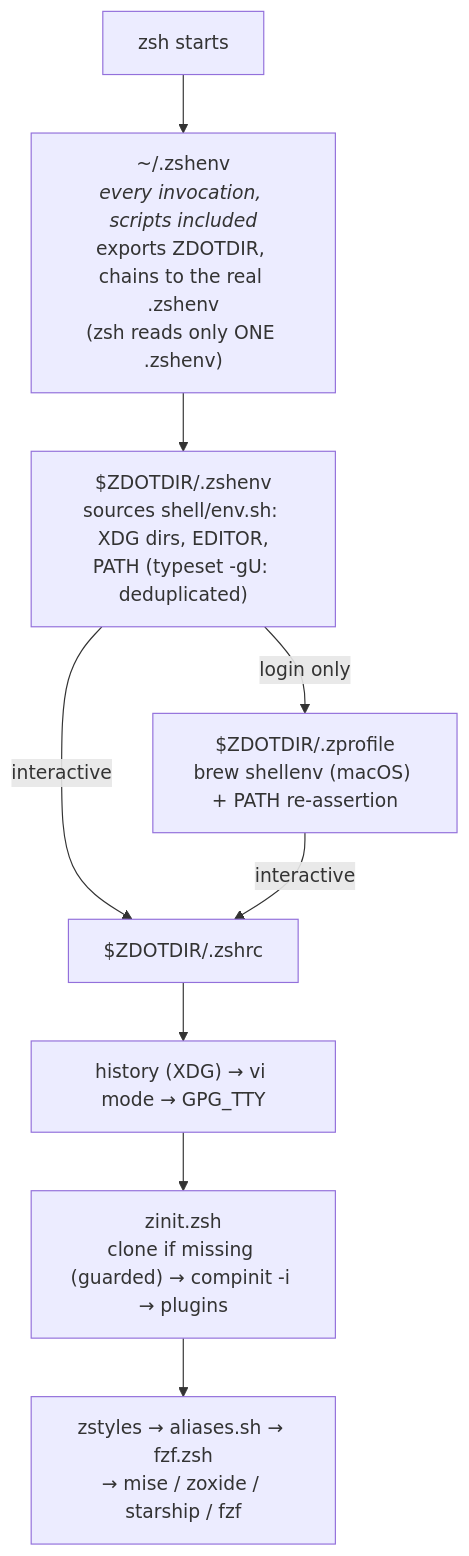
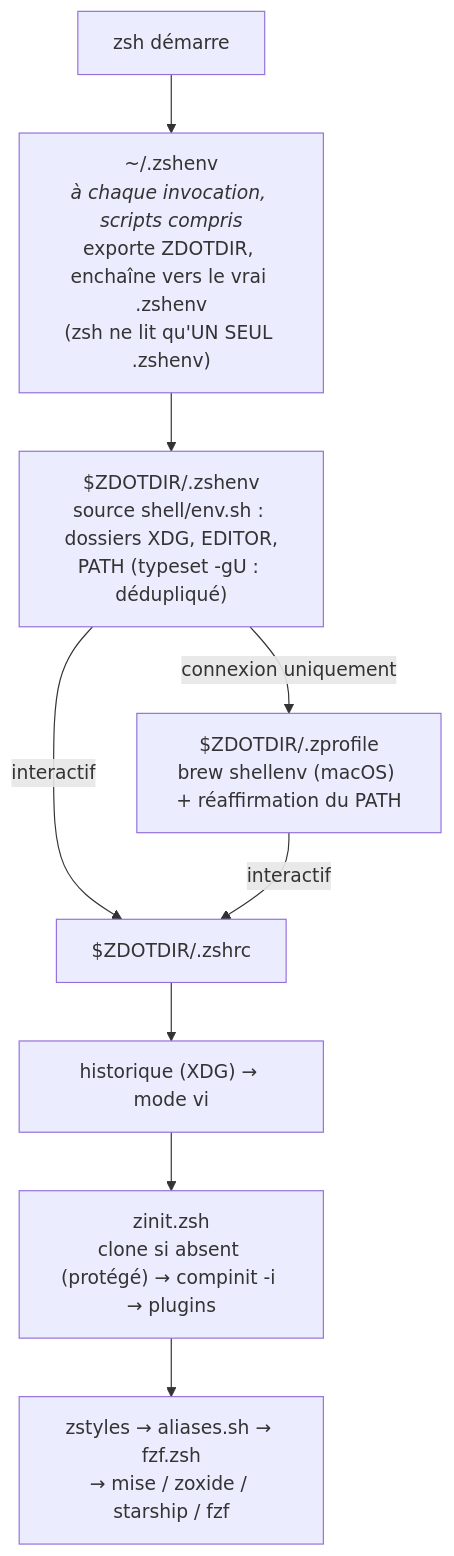
Before and after one commit to Raf7c/dotfiles: the first of 2 diagrams in docs/architecture.md, drawn with Mermaid. The commit also changed other lines of this file and 48 other files, not shown here.

Commit message:
feat: macOS only, docs reworked, eza aliases fixed, lint surface reduced

````diff
--- a/docs/architecture.md
+++ b/docs/architecture.md
@@ -8,11 +17,11 @@
 ```mermaid
 flowchart TD
-    A["zsh starts"] --> B["~/.zshenv<br/><i>every invocation, scripts included</i><br/>exports ZDOTDIR, chains to the real .zshenv<br/>(zsh reads only ONE .zshenv)"]
-    B --> C["$ZDOTDIR/.zshenv<br/>sources shell/env.sh: XDG dirs, EDITOR,<br/>PATH (typeset -gU: deduplicated)"]
-    C -->|login only| D["$ZDOTDIR/.zprofile<br/>brew shellenv (macOS) + PATH re-assertion"]
-    C -->|interactive| E["$ZDOTDIR/.zshrc"]
-    D -->|interactive| E
-    E --> F["history (XDG) → vi mode → GPG_TTY"]
-    F --> G["zinit.zsh<br/>clone if missing (guarded) → compinit -i → plugins"]
+    A["zsh démarre"] --> B["~/.zshenv<br/><i>à chaque invocation, scripts compris</i><br/>exporte ZDOTDIR, enchaîne vers le vrai .zshenv<br/>(zsh ne lit qu'UN SEUL .zshenv)"]
+    B --> C["$ZDOTDIR/.zshenv<br/>source shell/env.sh : dossiers XDG, EDITOR,<br/>PATH (typeset -gU : dédupliqué)"]
+    C -->|connexion uniquement| D["$ZDOTDIR/.zprofile<br/>brew shellenv (macOS) + réaffirmation du PATH"]
+    C -->|interactif| E["$ZDOTDIR/.zshrc"]
+    D -->|interactif| E
+    E --> F["historique (XDG) → mode vi"]
+    F --> G["zinit.zsh<br/>clone si absent (protégé) → compinit -i → plugins"]
     G --> H["zstyles → aliases.sh → fzf.zsh<br/>→ mise / zoxide / starship / fzf"]
 ```
````
